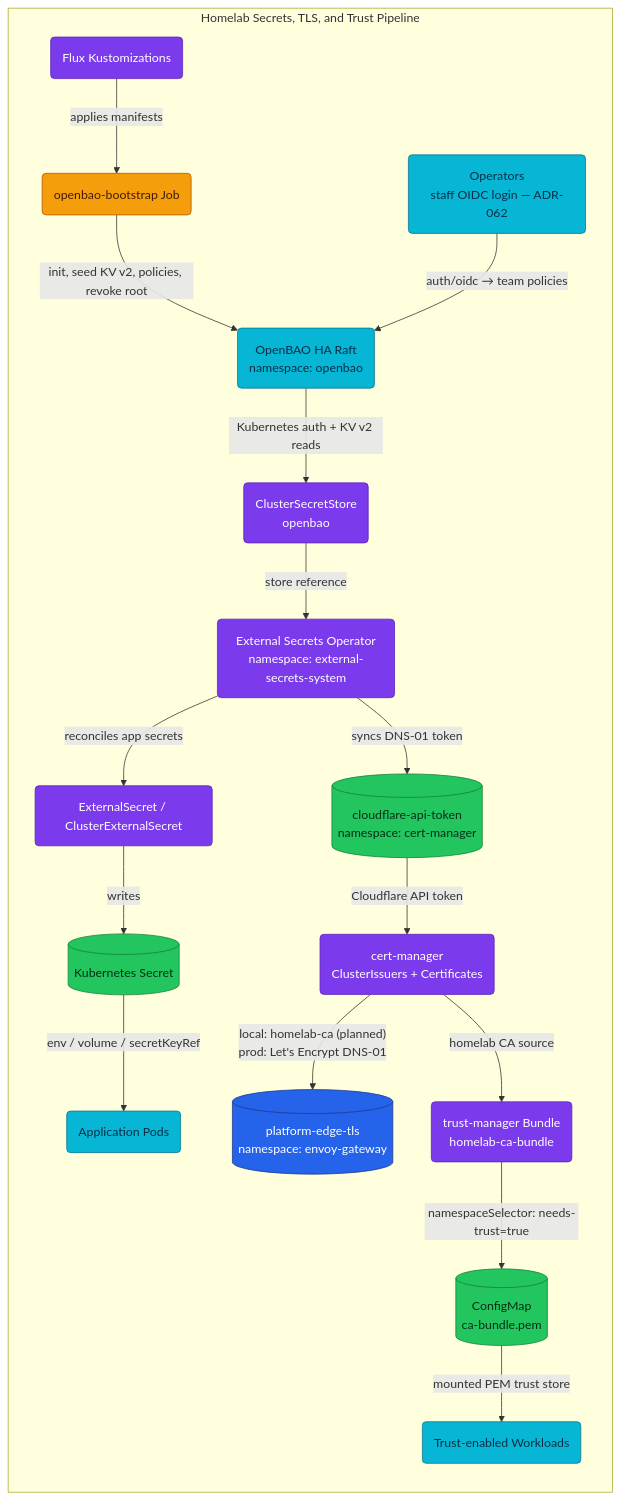
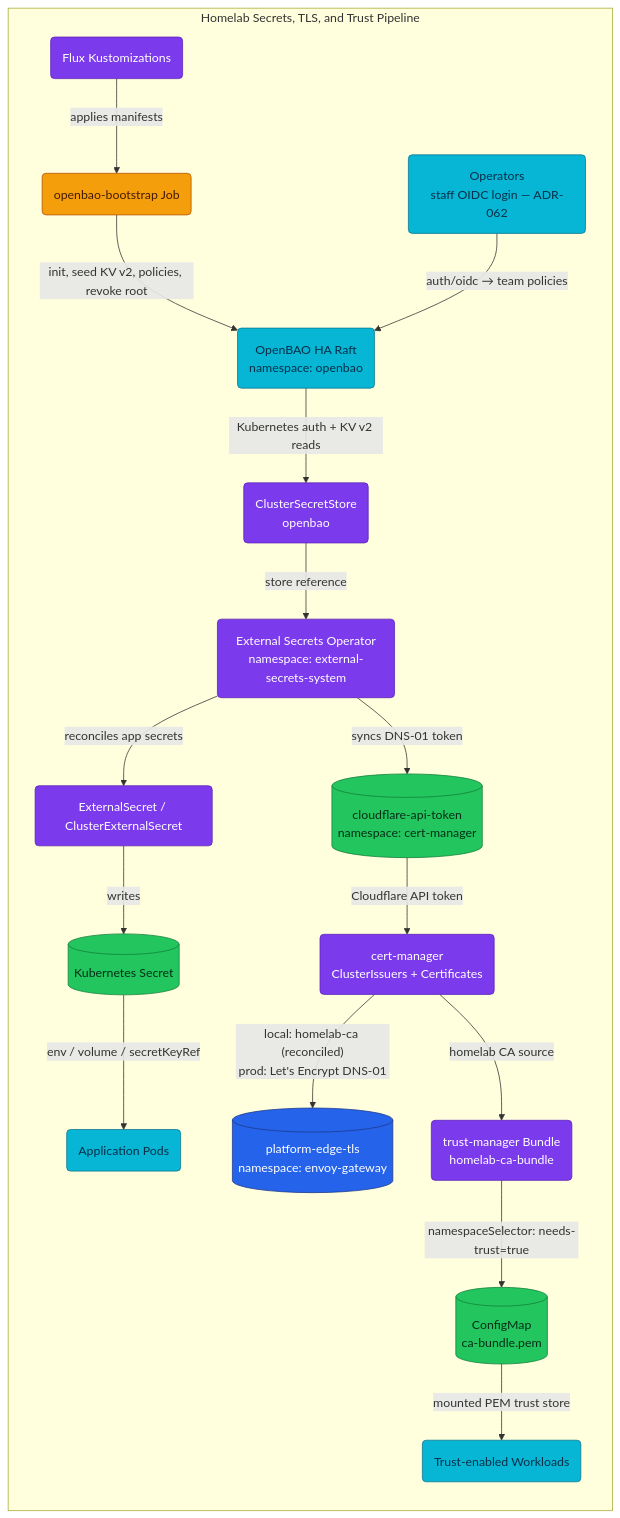
Before and after one commit to duynhlab/homelab: the first of 3 diagrams in docs/secrets/README.md, drawn with Mermaid. The commit also changed 10 other files, not shown here.

````diff
--- a/docs/secrets/README.md
+++ b/docs/secrets/README.md
@@ -51,45 +51,45 @@
 ```mermaid
 graph TD
 subgraph homelab["Homelab Secrets, TLS, and Trust Pipeline"]
     direction TB
     flux(Flux Kustomizations):::platform
     bootstrap(openbao-bootstrap Job):::worker
     bao(OpenBAO HA Raft<br/>namespace: openbao):::service
     css(ClusterSecretStore<br/>openbao):::platform
     eso(External Secrets Operator<br/>namespace: external-secrets-system):::platform
     es(ExternalSecret / ClusterExternalSecret):::platform
     k8ssecret[(Kubernetes Secret)]:::data
     apps(Application Pods):::service
     cfsecret[(cloudflare-api-token<br/>namespace: cert-manager)]:::data
     cm(cert-manager<br/>ClusterIssuers + Certificates):::platform
     edgecert[(platform-edge-tls<br/>namespace: envoy-gateway)]:::edge
     tm(trust-manager Bundle<br/>homelab-ca-bundle):::platform
     cabundle[(ConfigMap<br/>ca-bundle.pem)]:::data
     trusted(Trust-enabled Workloads):::service
 
     staff(Operators<br/>staff OIDC login — ADR-062):::service
 
     flux -->|"applies manifests"| bootstrap
     bootstrap -->|"init, seed KV v2, policies, revoke root"| bao
     staff -->|"auth/oidc → team policies"| bao
     bao -->|"Kubernetes auth + KV v2 reads"| css
     css -->|"store reference"| eso
     eso -->|"reconciles app secrets"| es
     es -->|"writes"| k8ssecret
     k8ssecret -->|"env / volume / secretKeyRef"| apps
     eso -->|"syncs DNS-01 token"| cfsecret
     cfsecret -->|"Cloudflare API token"| cm
-    cm -->|"local: homelab-ca (planned)<br/>prod: Let's Encrypt DNS-01"| edgecert
+    cm -->|"local: homelab-ca (reconciled)<br/>prod: Let's Encrypt DNS-01"| edgecert
     cm -->|"homelab CA source"| tm
     tm -->|"namespaceSelector: needs-trust=true"| cabundle
     cabundle -->|"mounted PEM trust store"| trusted
 end
 
 classDef edge fill:#2563eb,color:#fff,stroke:#1e3a8a;
 classDef service fill:#06b6d4,color:#082f49,stroke:#0e7490;
 classDef worker fill:#f59e0b,color:#451a03,stroke:#b45309;
 classDef platform fill:#7c3aed,color:#fff,stroke:#5b21b6;
 classDef data fill:#22c55e,color:#052e16,stroke:#15803d;
 classDef external fill:#64748b,color:#fff,stroke:#334155;
 classDef planned fill:#fff,color:#475569,stroke:#64748b,stroke-dasharray:5 5;
 ```
````
